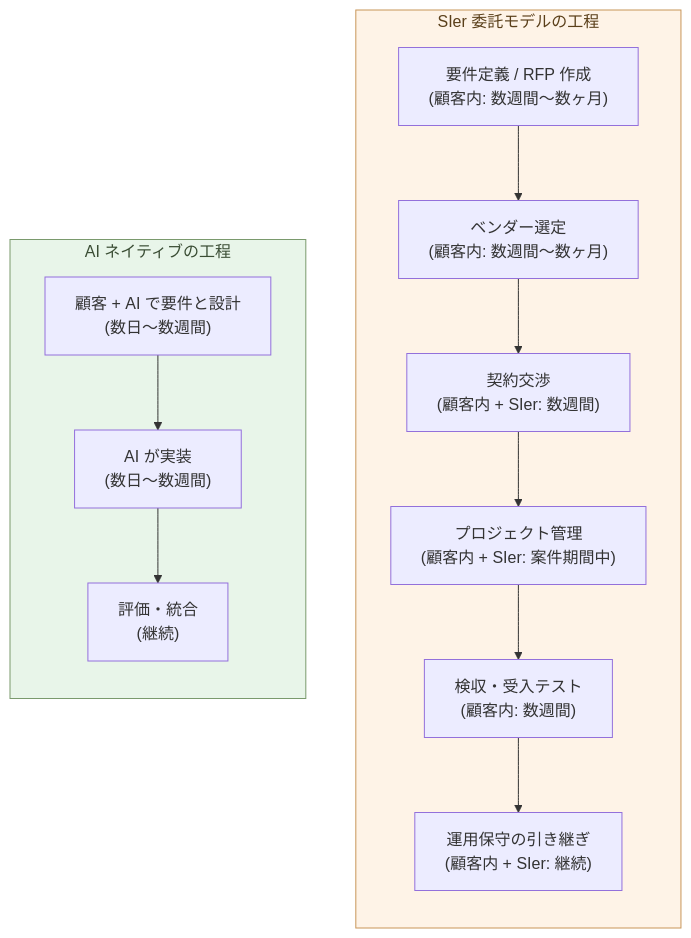
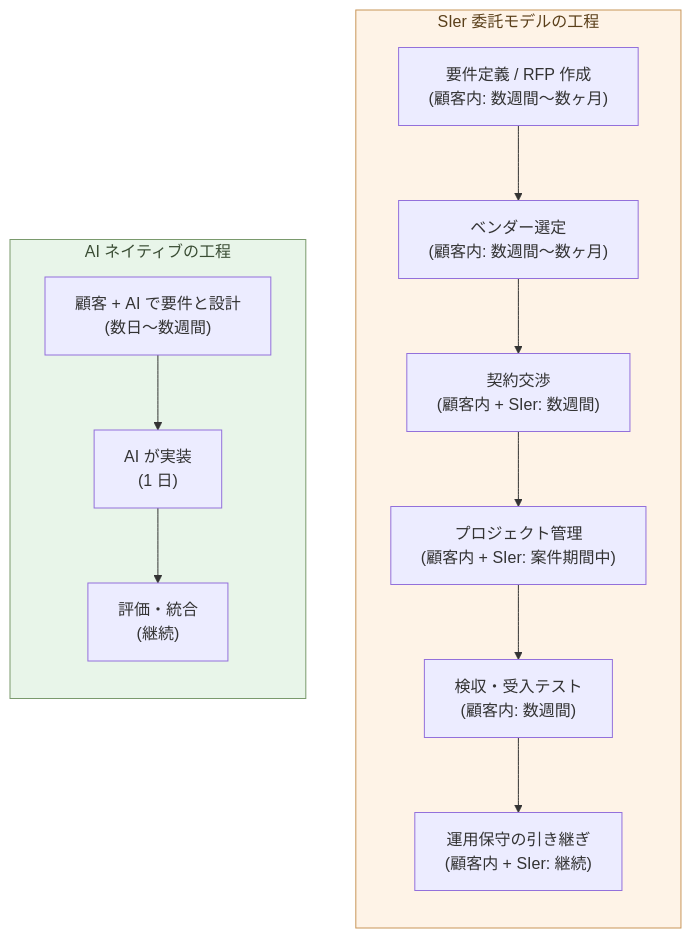
Before and after one commit to aiseed-dev/website: the diagram in articles/ai-native-ways/software/18-sier-uneconomic/ja.md, drawn with Mermaid. The commit also changed other lines of this file and 1 other file, not shown here.

Commit message:
software 3-03: AI implementation step is one day, not days-to-weeks
Update the AI-native flow node and align the loop prose. Parallel ja/en.

Claude-Session: https://claude.ai/code/session_01JWSjUtp9JogXnFvcXErbX3

````diff
--- a/articles/ai-native-ways/software/18-sier-uneconomic/ja.md
+++ b/articles/ai-native-ways/software/18-sier-uneconomic/ja.md
@@ -69,26 +69,26 @@
 ```mermaid
 flowchart TB
   subgraph Sier["SIer 委託モデルの工程"]
     direction TB
     S1["要件定義 / RFP 作成<br/>(顧客内: 数週間〜数ヶ月)"]
     S2["ベンダー選定<br/>(顧客内: 数週間〜数ヶ月)"]
     S3["契約交渉<br/>(顧客内 + SIer: 数週間)"]
     S4["プロジェクト管理<br/>(顧客内 + SIer: 案件期間中)"]
     S5["検収・受入テスト<br/>(顧客内: 数週間)"]
     S6["運用保守の引き継ぎ<br/>(顧客内 + SIer: 継続)"]
     S1 --> S2 --> S3 --> S4 --> S5 --> S6
   end
 
   subgraph AI["AI ネイティブの工程"]
     direction TB
     A1["顧客 + AI で要件と設計<br/>(数日〜数週間)"]
-    A2["AI が実装<br/>(数日〜数週間)"]
+    A2["AI が実装<br/>(1 日)"]
     A3["評価・統合<br/>(継続)"]
     A1 --> A2 --> A3
   end
 
   classDef good fill:#e8f5e9,stroke:#7a9a6d,color:#3a4d34
   classDef bad fill:#fef3e7,stroke:#c89559,color:#5a3f1a
   class AI good
   class Sier bad
 ```
````
